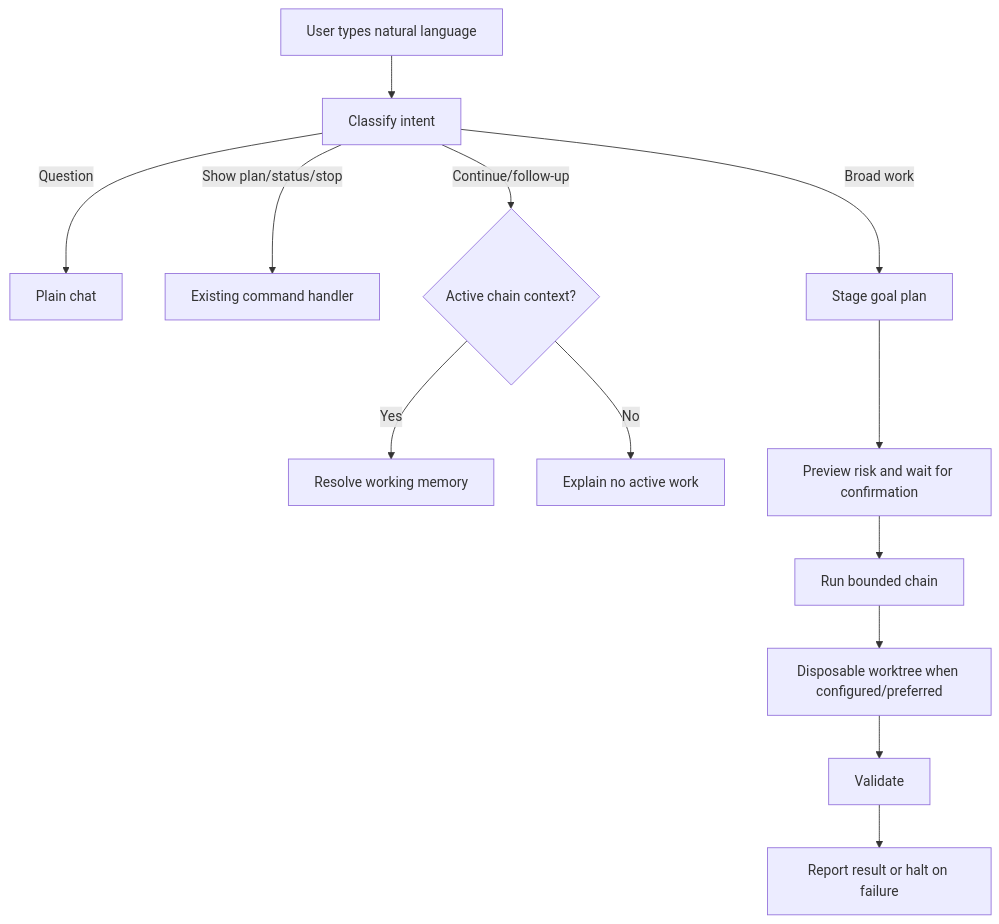
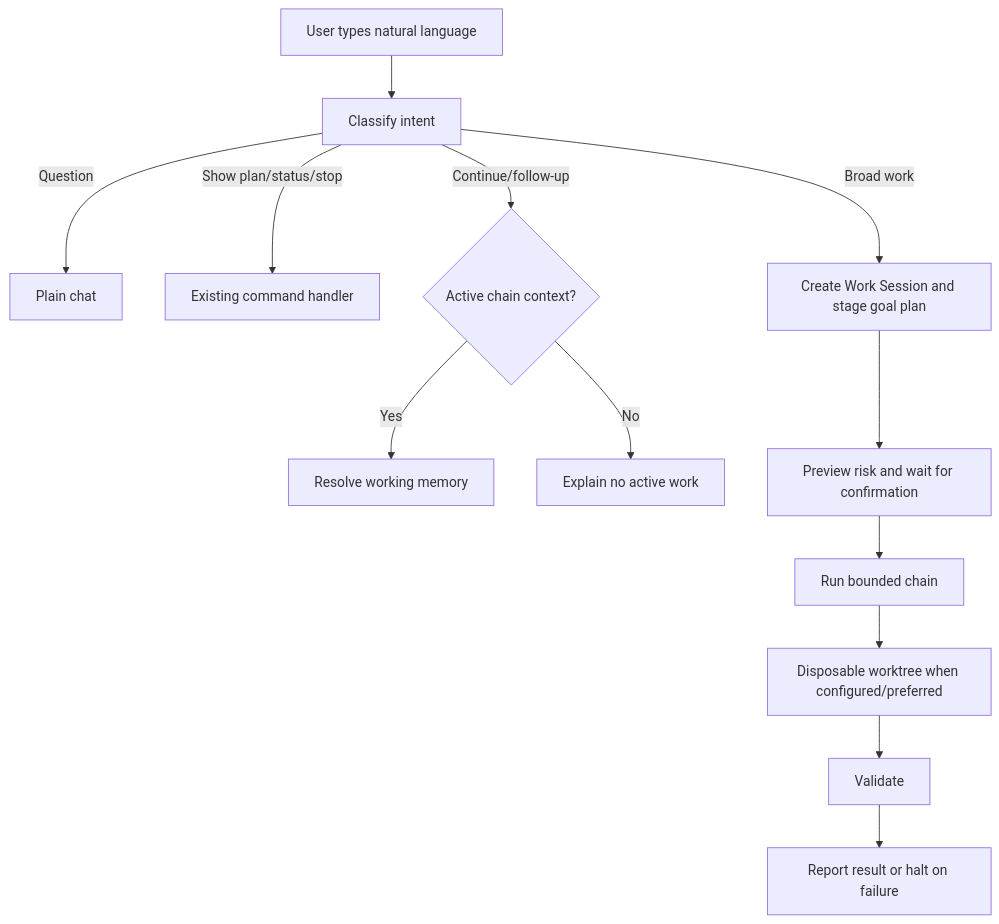
One commit to Keyboard-Lord/Rasputin-Coder changed the third of 7 diagrams in docs/06_MAIN_WORKFLOWS.md. Above: the diagram before and after it, drawn with Mermaid. The commit also changed other lines of this file and 6 other files, not shown here.

````diff
--- a/docs/06_MAIN_WORKFLOWS.md
+++ b/docs/06_MAIN_WORKFLOWS.md
@@ -38,15 +38,15 @@
 ```mermaid
 flowchart TD
     A[User types natural language] --> B[Classify intent]
     B -->|Question| C[Plain chat]
     B -->|Show plan/status/stop| D[Existing command handler]
     B -->|Continue/follow-up| E{Active chain context?}
     E -->|Yes| F[Resolve working memory]
     E -->|No| G[Explain no active work]
-    B -->|Broad work| H[Stage goal plan]
+    B -->|Broad work| H[Create Work Session and stage goal plan]
     H --> I[Preview risk and wait for confirmation]
     I --> J[Run bounded chain]
     J --> K[Disposable worktree when configured/preferred]
     K --> L[Validate]
     L --> M[Report result or halt on failure]
 ```
````
